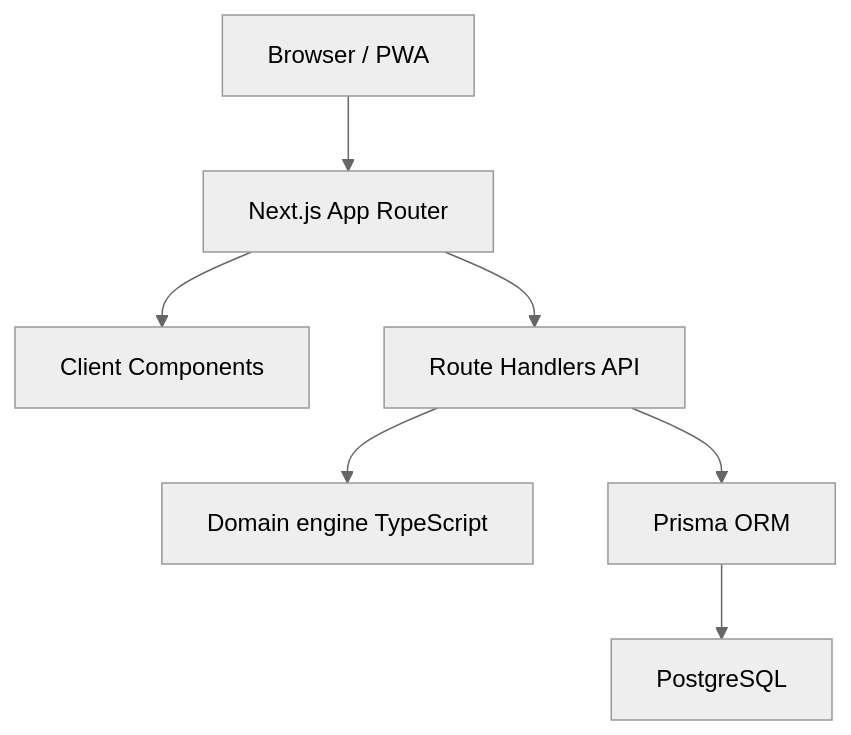
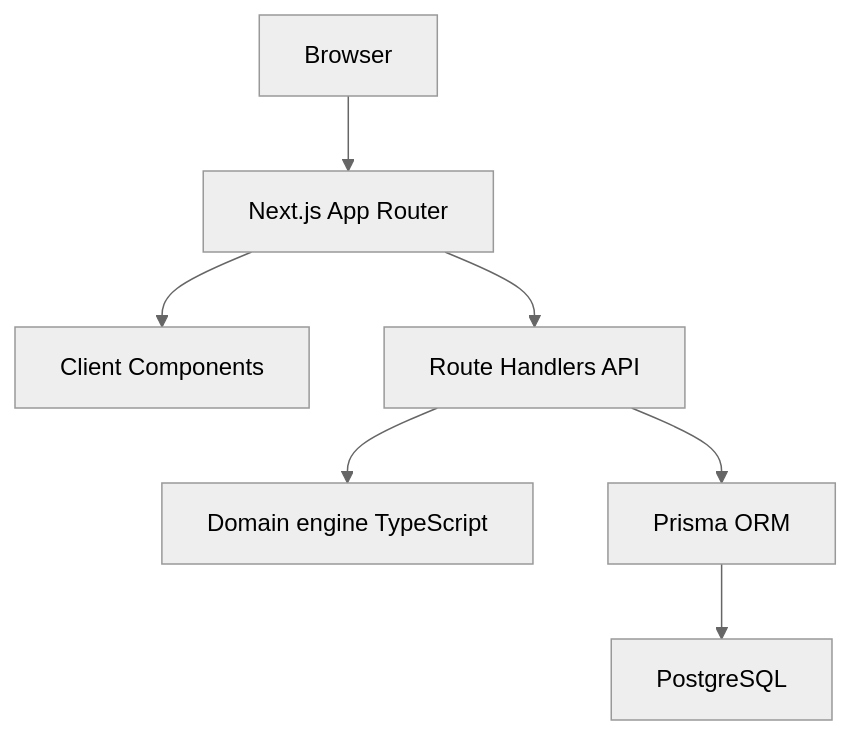
One commit to satand/padel-tournament-manager changed the diagram in README.md. Above: the diagram before and after it, drawn with Mermaid (neutral theme). The commit also changed other lines of this file and 38 other files, not shown here.

First line of the commit message:
Refactor to couples-only groups+finals flow; add Docker ops scripts

````diff
--- a/README.md
+++ b/README.md
@@ -14,17 +50,17 @@
 ```mermaid
 flowchart TD
-  browser["Browser / PWA"]
+  browser["Browser"]
   nextApp["Next.js App Router"]
   ui["Client Components"]
   api["Route Handlers API"]
   domain["Domain engine TypeScript"]
   prisma["Prisma ORM"]
   postgres["PostgreSQL"]
 
   browser --> nextApp
   nextApp --> ui
   nextApp --> api
   api --> domain
   api --> prisma
   prisma --> postgres
 ```
````
